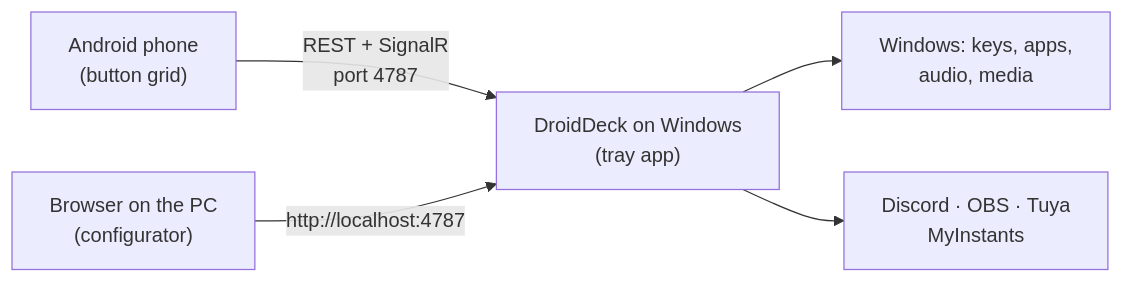
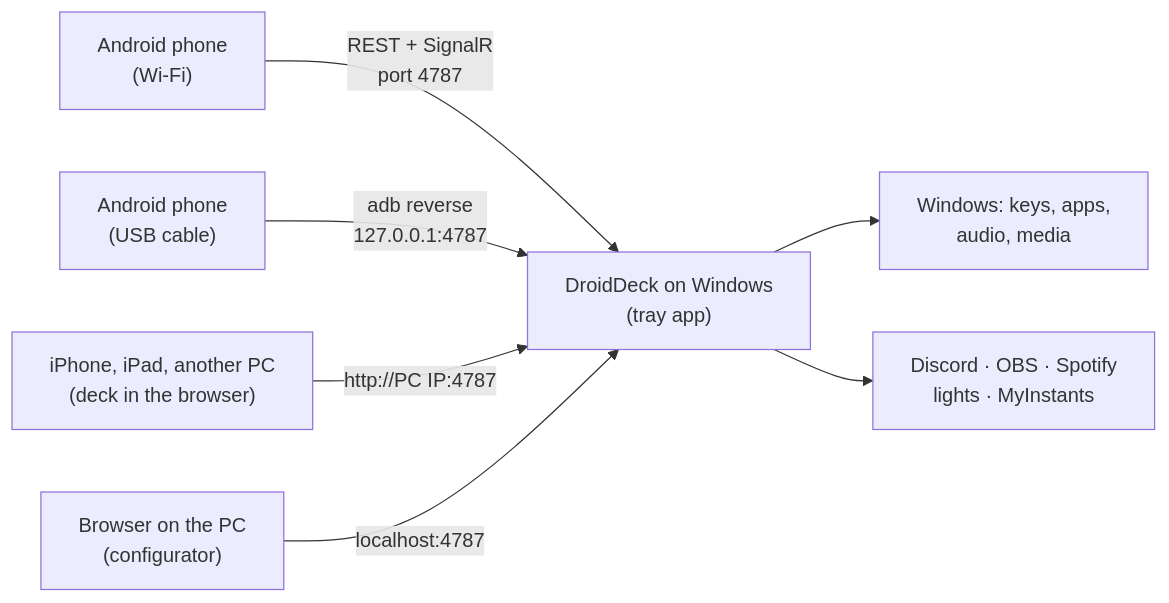
Before and after one commit to Aaqibhafeezkhan/DroidDeck: the diagram in website/docs/en/index.md, drawn with Mermaid. The commit also changed other lines of this file and 35 other files, not shown here.

````diff
--- a/website/docs/en/index.md
+++ b/website/docs/en/index.md
@@ -43,7 +64,9 @@
 ```mermaid
 flowchart LR
-  phone["Android phone<br/>(button grid)"] -- "REST + SignalR<br/>port 4787" --> pc["DroidDeck on Windows<br/>(tray app)"]
-  browser["Browser on the PC<br/>(configurator)"] -- "http://localhost:4787" --> pc
+  phone["Android phone<br/>(Wi-Fi)"] -- "REST + SignalR<br/>port 4787" --> pc["DroidDeck on Windows<br/>(tray app)"]
+  usb["Android phone<br/>(USB cable)"] -- "adb reverse<br/>127.0.0.1:4787" --> pc
+  web["iPhone, iPad, another PC<br/>(deck in the browser)"] -- "http://PC IP:4787" --> pc
+  config["Browser on the PC<br/>(configurator)"] -- "localhost:4787" --> pc
   pc --> win["Windows: keys, apps,<br/>audio, media"]
-  pc --> ext["Discord · OBS · Tuya<br/>MyInstants"]
+  pc --> ext["Discord · OBS · Spotify<br/>lights · MyInstants"]
 ```
````
